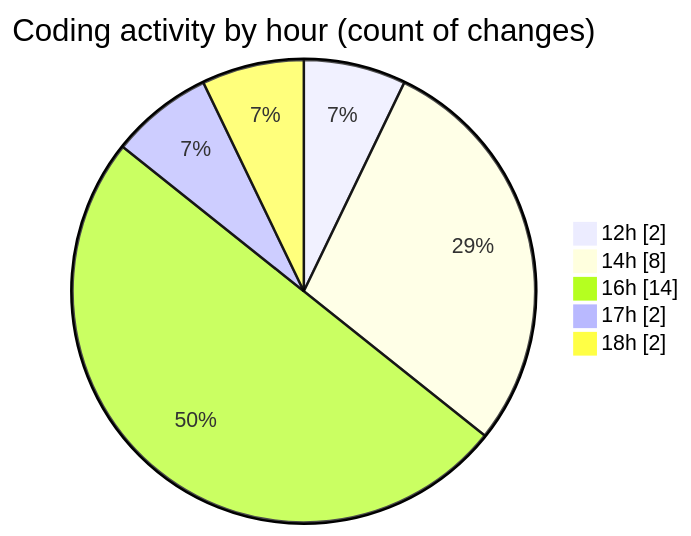
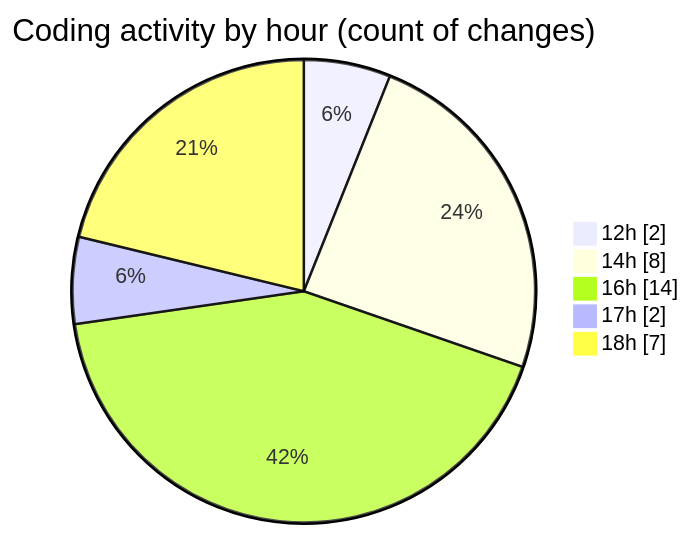
Before and after one commit to nxtqubesakshisongat/code-tracking: the second of 2 diagrams in 2026-04-07/airfeed-analytics-dashboard/README.md, drawn with Mermaid. The commit also changed other lines of this file and 1 other file, not shown here.

````diff
--- a/2026-04-07/airfeed-analytics-dashboard/README.md
+++ b/2026-04-07/airfeed-analytics-dashboard/README.md
@@ -36,9 +37,9 @@
 ```mermaid
 pie showData
 title Coding activity by hour (count of changes)
 "12h" : 2
 "14h" : 8
 "16h" : 14
 "17h" : 2
-"18h" : 2
+"18h" : 7
 ```
````
